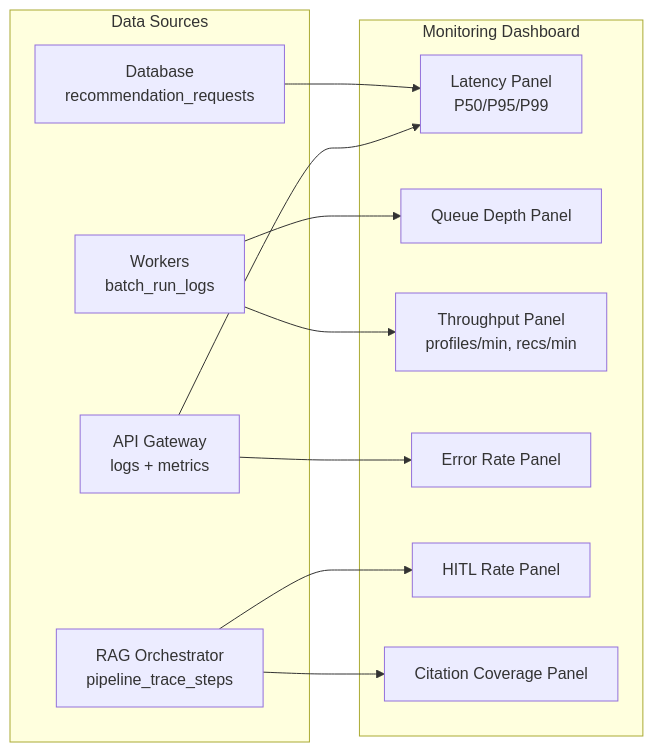
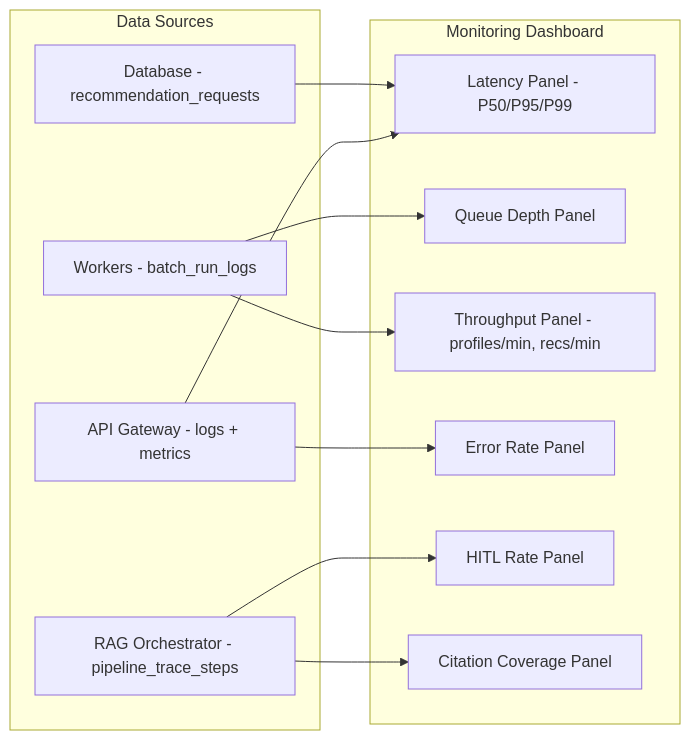
One commit to JackTran15/TF_AI_Engineer_Assignment changed the diagram in tickets/TICKET-017-observability-load-testing.md. Above: the diagram before and after it, drawn with Mermaid. The commit also changed 7 other files, not shown here.

````diff
--- a/tickets/TICKET-017-observability-load-testing.md
+++ b/tickets/TICKET-017-observability-load-testing.md
@@ -67,26 +67,26 @@
 ```mermaid
 flowchart LR
     subgraph sources["Data Sources"]
-        api["API Gateway\nlogs + metrics"]
-        workers["Workers\nbatch_run_logs"]
-        rag["RAG Orchestrator\npipeline_trace_steps"]
-        db["Database\nrecommendation_requests"]
+        api["API Gateway - logs + metrics"]
+        workers["Workers - batch_run_logs"]
+        rag["RAG Orchestrator - pipeline_trace_steps"]
+        db["Database - recommendation_requests"]
     end
 
     subgraph dashboard["Monitoring Dashboard"]
-        latency["Latency Panel\nP50/P95/P99"]
+        latency["Latency Panel - P50/P95/P99"]
         queue["Queue Depth Panel"]
-        throughput["Throughput Panel\nprofiles/min, recs/min"]
+        throughput["Throughput Panel - profiles/min, recs/min"]
         errors["Error Rate Panel"]
         hitl["HITL Rate Panel"]
         citation["Citation Coverage Panel"]
     end
 
     api --> latency
     api --> errors
     workers --> throughput
     workers --> queue
     rag --> citation
     rag --> hitl
     db --> latency
 ```
````
